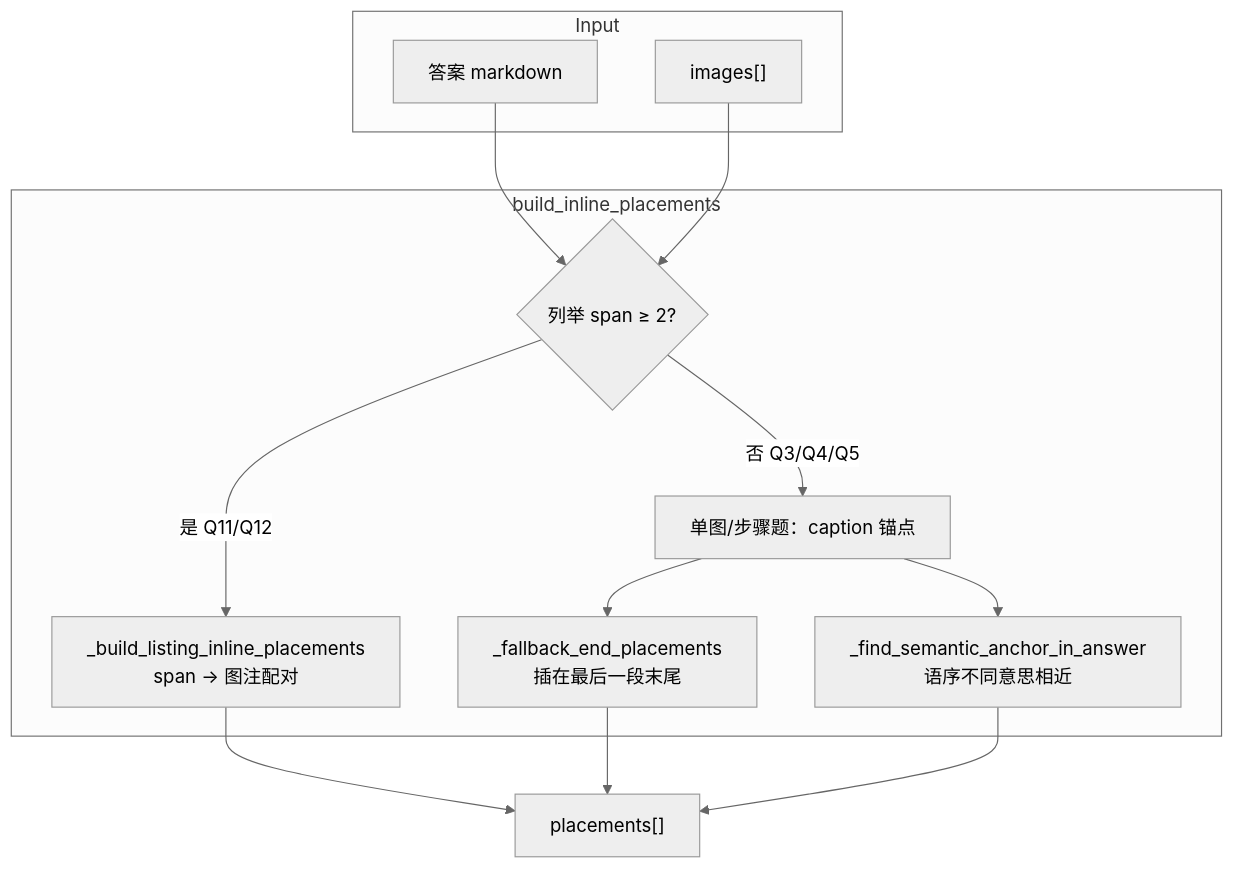
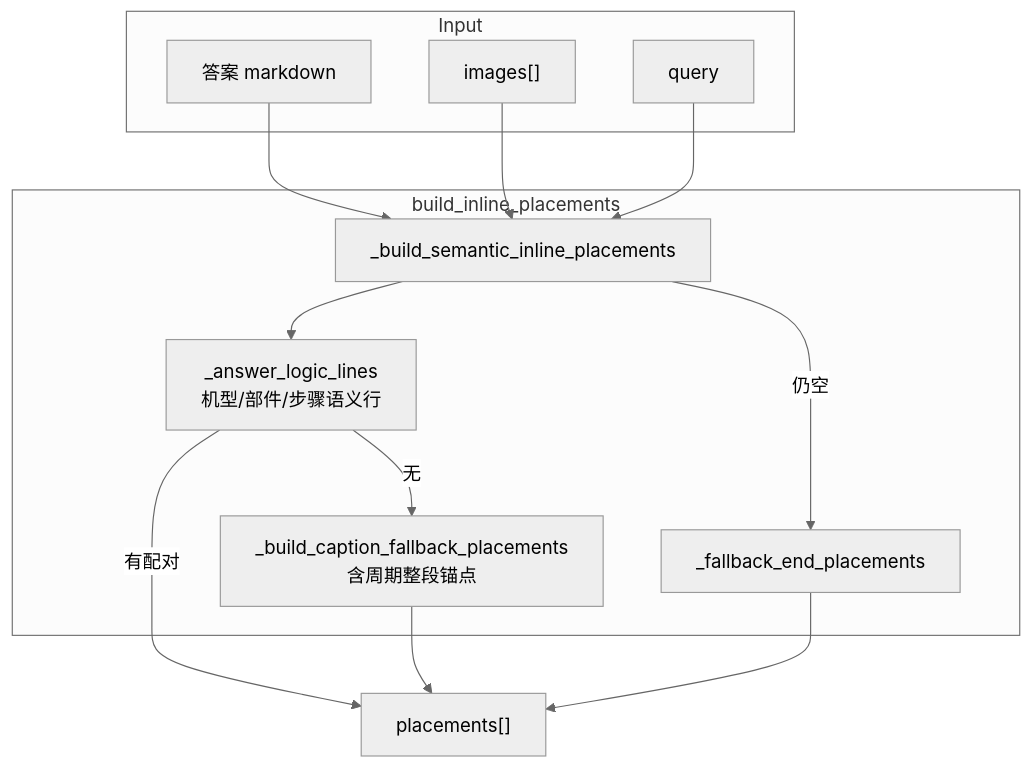
The fourth of 5 diagrams in docs/查询配图实现说明.md (yiliangbetter/IndustrialRAG), drawn with Mermaid (neutral theme) before and after one commit. The commit also changed other lines of this file and 5 other files, not shown here.

````diff
--- a/docs/查询配图实现说明.md
+++ b/docs/查询配图实现说明.md
@@ -298,24 +298,24 @@
 ```mermaid
 flowchart TD
     subgraph Input
         ANS["答案 markdown"]
         IMGS["images[]"]
+        Q["query"]
     end
 
     subgraph build_inline_placements
-        LIST{"列举 span ≥ 2?"}
-        LP["_build_listing_inline_placements<br/>span → 图注配对"]
-        SINGLE["单图/步骤题：caption 锚点"]
-        SEM["_find_semantic_anchor_in_answer<br/>语序不同意思相近"]
-        FB["_fallback_end_placements<br/>插在最后一段末尾"]
+        SEM["_build_semantic_inline_placements"]
+        LOGIC["_answer_logic_lines<br/>机型/部件/步骤语义行"]
+        CAP["_build_caption_fallback_placements<br/>含周期整段锚点"]
+        FB["_fallback_end_placements"]
     end
 
-    ANS --> LIST
-    IMGS --> LIST
-    LIST -->|是 Q11/Q12| LP
-    LIST -->|否 Q3/Q4/Q5| SINGLE --> SEM
-    SINGLE --> FB
-    LP --> OUT["placements[]"]
-    FB --> OUT
-    SEM --> OUT
+    ANS --> SEM
+    IMGS --> SEM
+    Q --> SEM
+    SEM --> LOGIC
+    LOGIC -->|有配对| OUT["placements[]"]
+    LOGIC -->|无| CAP
+    CAP --> OUT
+    SEM -->|仍空| FB --> OUT
 ```
````
